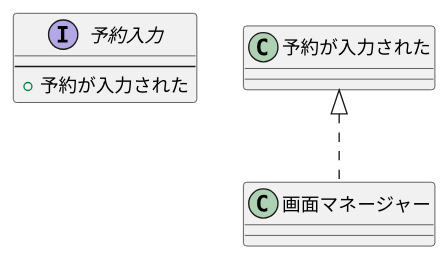
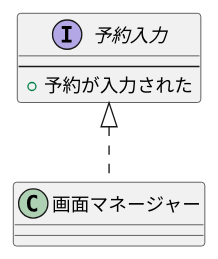
The diagram in 例題3-1_予約入力インターフェース.pu (satou1024/linux), drawn with PlantUML before and after one commit.

Commit message:
でーきた

```diff
--- a/例題3-1_予約入力インターフェース.pu
+++ b/例題3-1_予約入力インターフェース.pu
@@ -1,10 +1,10 @@
 @startuml
 interface 予約入力 {
 ' <<interface>>
 ---
 + 予約が入力された
 }
 class 画面マネージャー {
 }
-予約が入力された <|.. 画面マネージャー
+予約入力 <|.. 画面マネージャー
 @enduml
```
